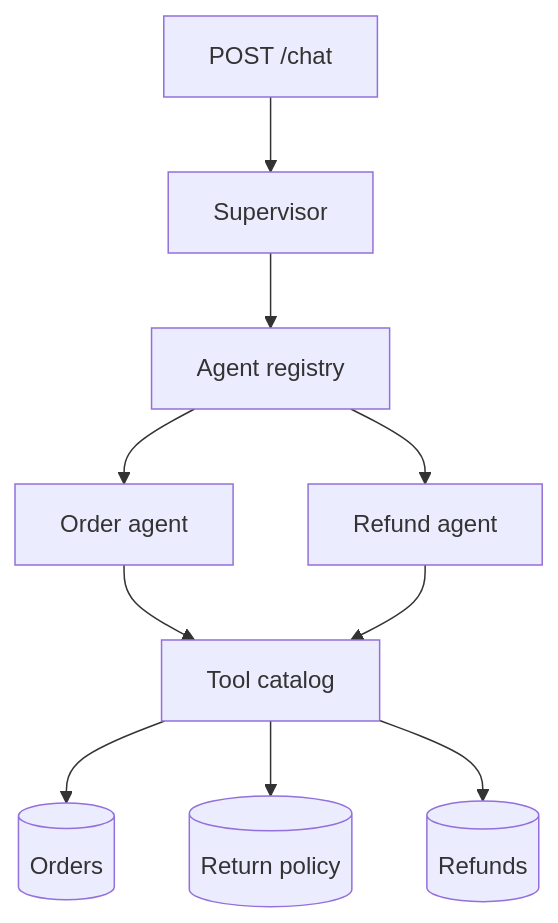
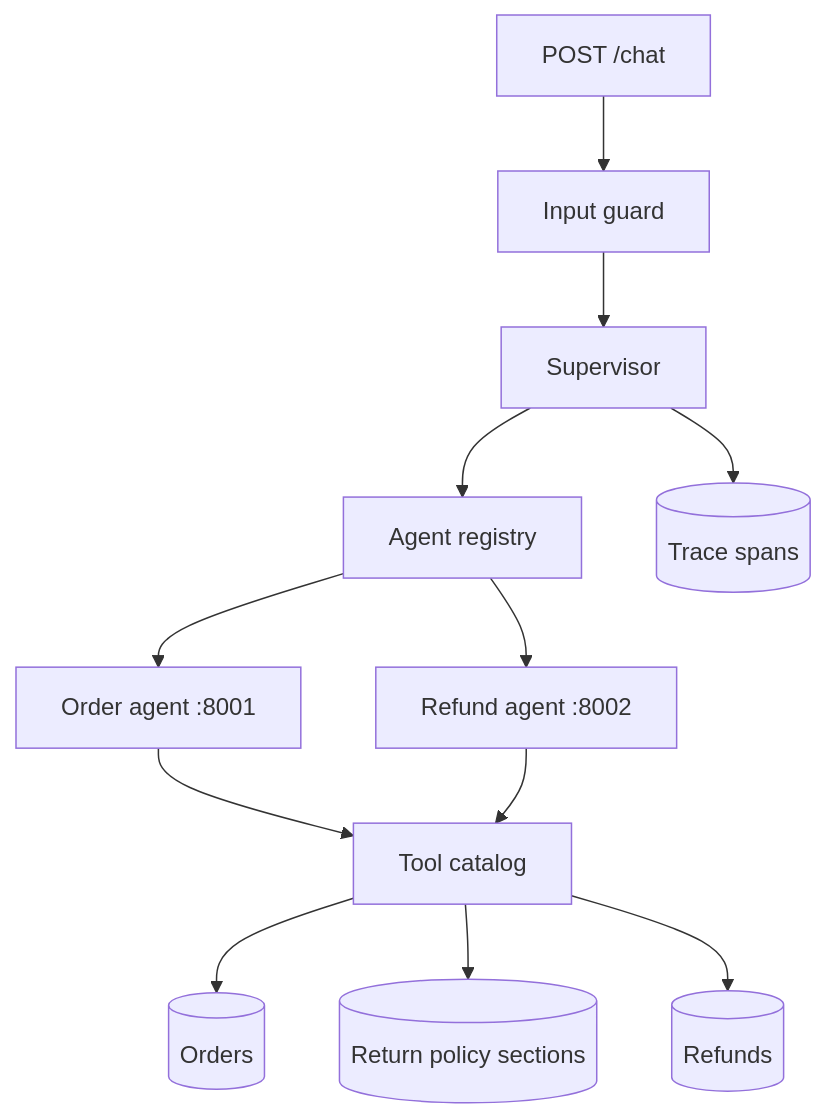
One commit to snehaamr/pluggable-support-agents changed the diagram in README.md. Above: the diagram before and after it, drawn with Mermaid. The commit also changed other lines of this file and 19 other files, not shown here.

First line of the commit message:
Search the return policy, guard messages, and time each agent step.

````diff
--- a/README.md
+++ b/README.md
@@ -9,12 +9,14 @@
 ```mermaid
 flowchart TD
-    chat[POST /chat] --> supervisor[Supervisor]
+    chat[POST /chat] --> guard[Input guard]
+    guard --> supervisor[Supervisor]
     supervisor --> registry[Agent registry]
-    registry --> orderAgent[Order agent]
-    registry --> refundAgent[Refund agent]
+    registry --> orderAgent["Order agent :8001"]
+    registry --> refundAgent["Refund agent :8002"]
     orderAgent --> gateway[Tool catalog]
     refundAgent --> gateway
     gateway --> orders[(Orders)]
-    gateway --> policy[(Return policy)]
+    gateway --> policy[(Return policy sections)]
     gateway --> refunds[(Refunds)]
+    supervisor --> traces[(Trace spans)]
 ```
````
